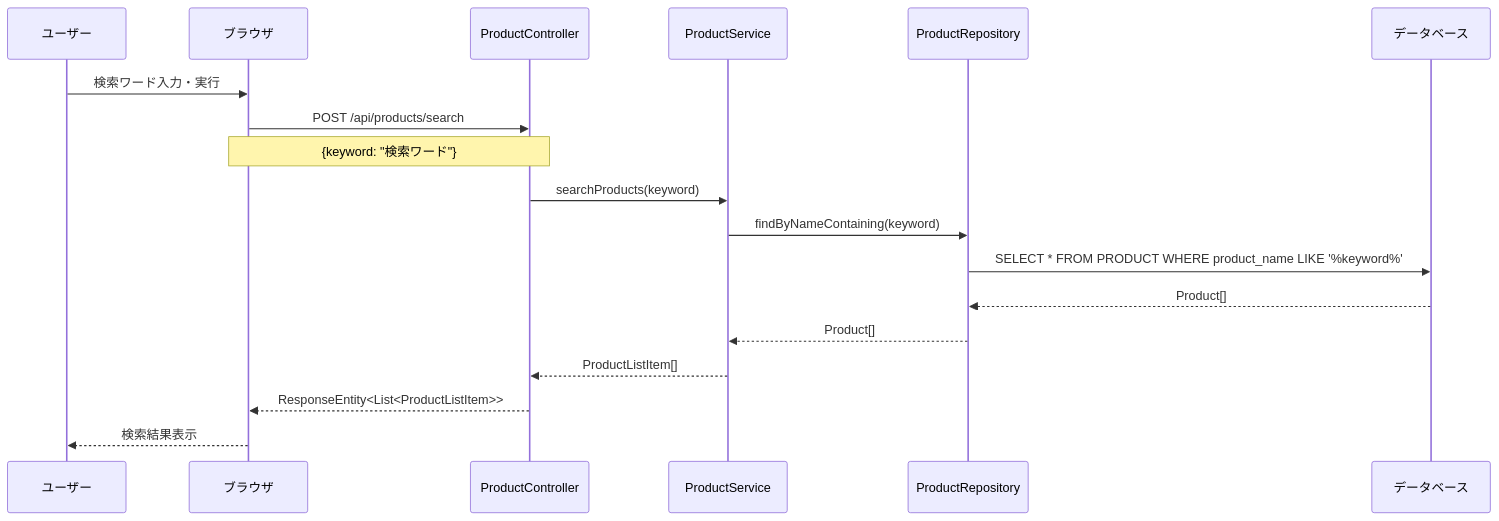
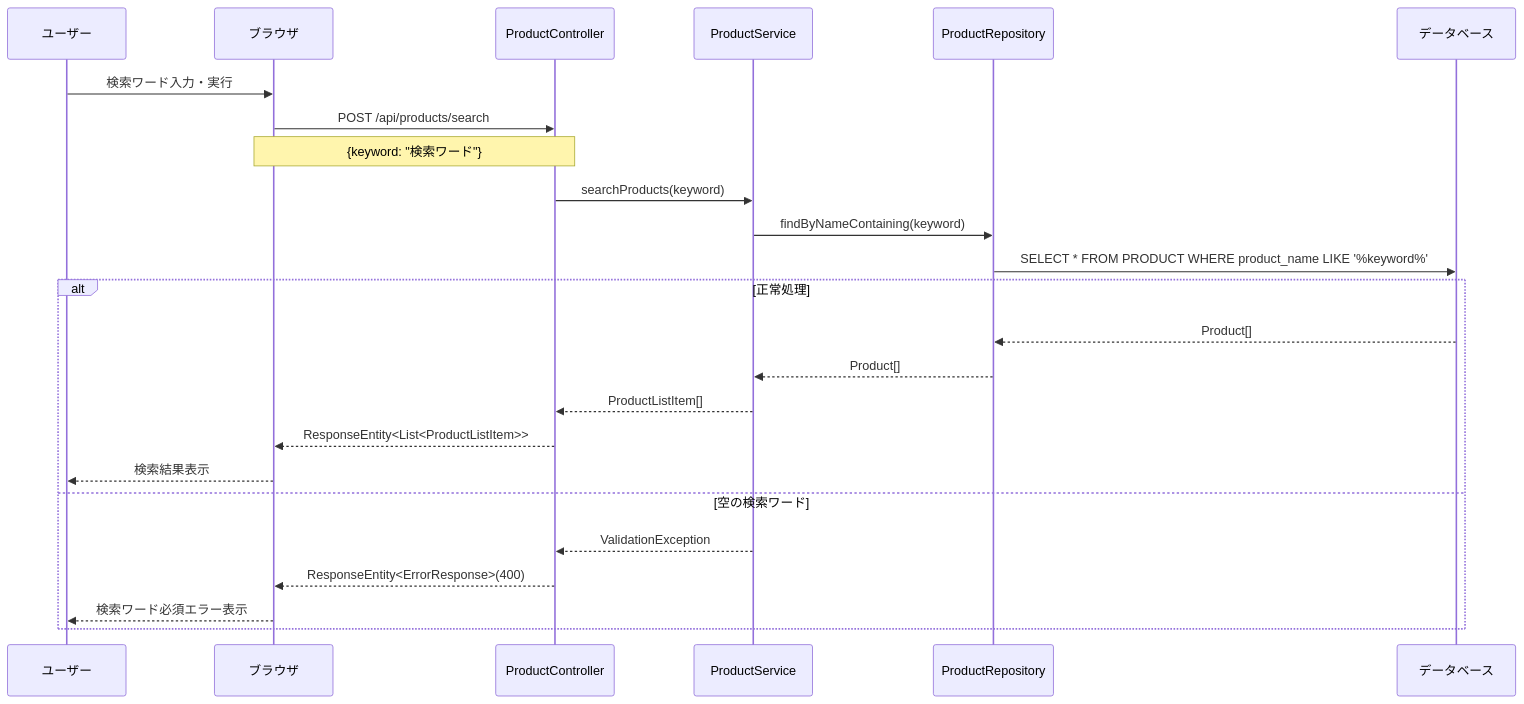
Before and after one commit to shogomaeda758/Bacon: the third of 17 diagrams in 詳細設計/3_sequence.md, drawn with Mermaid. The commit also changed other lines of this file, not shown here.

Commit message:
シーケンス図の修正

````diff
--- a/詳細設計/3_sequence.md
+++ b/詳細設計/3_sequence.md
@@ -81,21 +99,28 @@
 ```mermaid
 sequenceDiagram
     participant U as ユーザー
     participant B as ブラウザ
     participant PC as ProductController
     participant PS as ProductService
     participant PR as ProductRepository
     participant DB as データベース
 
     U->>B: 検索ワード入力・実行
     B->>PC: POST /api/products/search
     Note over B,PC: {keyword: "検索ワード"}
     PC->>PS: searchProducts(keyword)
     PS->>PR: findByNameContaining(keyword)
     PR->>DB: SELECT * FROM PRODUCT WHERE product_name LIKE '%keyword%'
-    DB-->>PR: Product[]
-    PR-->>PS: Product[]
-    PS-->>PC: ProductListItem[]
-    PC-->>B: ResponseEntity<List<ProductListItem>>
-    B-->>U: 検索結果表示
+    
+    alt 正常処理
+        DB-->>PR: Product[]
+        PR-->>PS: Product[]
+        PS-->>PC: ProductListItem[]
+        PC-->>B: ResponseEntity<List<ProductListItem>>
+        B-->>U: 検索結果表示
+    else 空の検索ワード
+        PS-->>PC: ValidationException
+        PC-->>B: ResponseEntity<ErrorResponse>(400)
+        B-->>U: 検索ワード必須エラー表示
+    end
 ```
````
